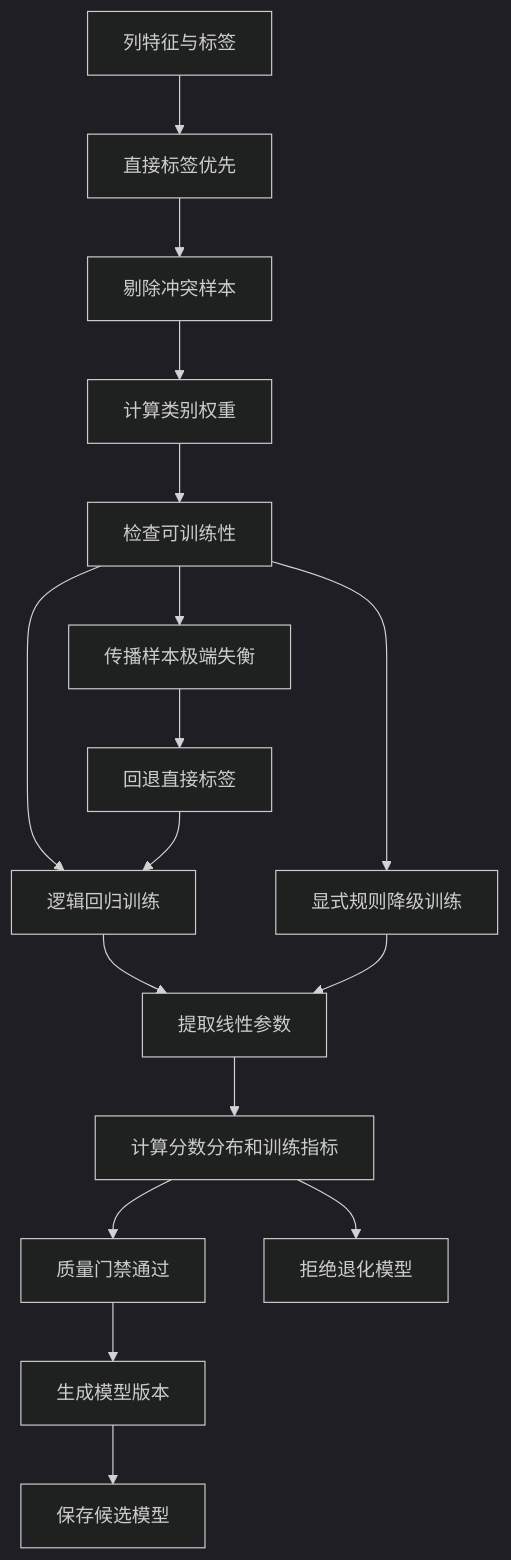
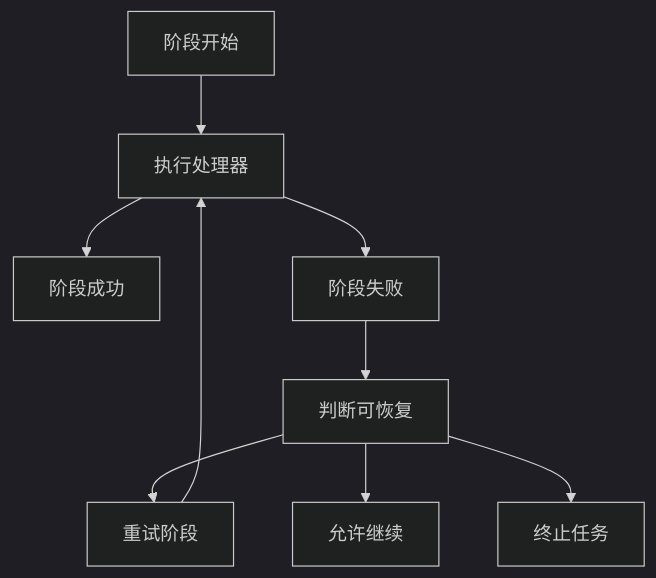
One commit to 18963603561/fmdb_udf_raha changed the fourth of 6 diagrams in doc/20260715/Raha工程-源码完整分析-202607150943.md. Above: the diagram before and after it, drawn with Mermaid (dark theme). The commit also changed other lines of this file and 1 other file, not shown here.

````diff
--- a/doc/20260715/Raha工程-源码完整分析-202607150943.md
+++ b/doc/20260715/Raha工程-源码完整分析-202607150943.md
@@ -907,19 +330,11 @@
 ```mermaid
 graph TD;
-n01[列特征与标签] --> n02[直接标签优先];
-n02 --> n03[剔除冲突样本];
-n03 --> n04[计算类别权重];
-n04 --> n05[检查可训练性];
-n05 --> n06[传播样本极端失衡];
-n06 --> n07[回退直接标签];
-n05 --> n08[逻辑回归训练];
-n05 --> n09[显式规则降级训练];
-n07 --> n08;
-n08 --> n10[提取线性参数];
-n09 --> n10;
-n10 --> n11[计算分数分布和训练指标];
-n11 --> n12[质量门禁通过];
-n12 --> n13[生成模型版本];
-n13 --> n14[保存候选模型];
-n11 --> n15[拒绝退化模型];
+n01[阶段开始] --> n02[执行处理器];
+n02 --> n03[阶段成功];
+n02 --> n04[阶段失败];
+n04 --> n05[判断可恢复];
+n05 --> n06[重试阶段];
+n05 --> n07[允许继续];
+n05 --> n08[终止任务];
+n06 --> n02;
 ```
````
